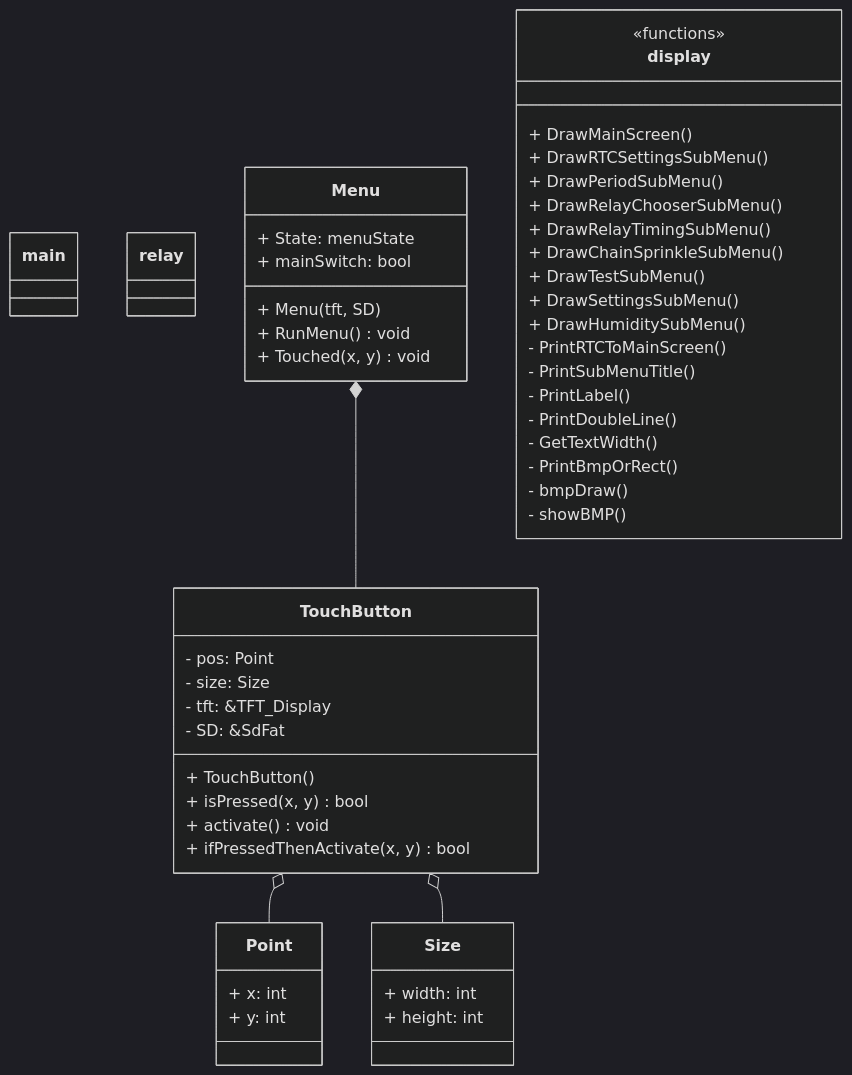
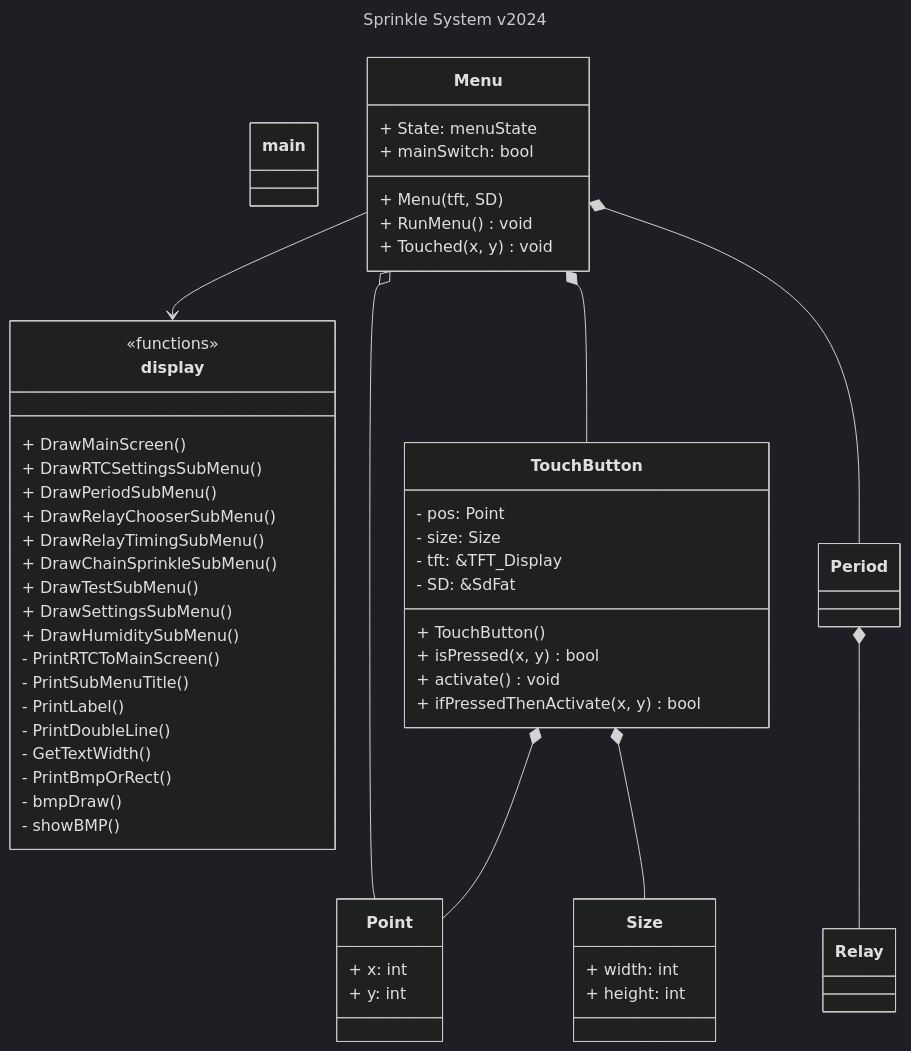
One commit to Spyro1/SprinkleSystem changed the diagram in Locsolorendszer_24_02/DEV-MANUAL.md. Above: the diagram before and after it, drawn with Mermaid (dark theme). The commit also changed other lines of this file and 10 other files, not shown here.

````diff
--- a/Locsolorendszer_24_02/DEV-MANUAL.md
+++ b/Locsolorendszer_24_02/DEV-MANUAL.md
@@ -52,61 +52,66 @@
 ```mermaid
+---
+title: Sprinkle System v2024
+---
 classDiagram
-
     class main{
 
     }
-    class relay{
+    class Relay{
 
     }
     class Menu{
       + State: menuState
       + mainSwitch: bool
       + Menu(tft, SD)
       + RunMenu() void
       + Touched(x, y) void
     }
     class display{
       <<functions>>
         + DrawMainScreen()
         + DrawRTCSettingsSubMenu()
         + DrawPeriodSubMenu()
         + DrawRelayChooserSubMenu()
         + DrawRelayTimingSubMenu()
         + DrawChainSprinkleSubMenu()
         + DrawTestSubMenu()
         + DrawSettingsSubMenu()
         + DrawHumiditySubMenu()
         - PrintRTCToMainScreen()
         - PrintSubMenuTitle()
         - PrintLabel()
         - PrintDoubleLine()
         - GetTextWidth()
         - PrintBmpOrRect()
         - bmpDraw()
         - showBMP()
     }
     class Point{
       + x: int
       + y: int
     }
     class Size{
       + width: int
       + height: int
     }
     class TouchButton{
       - pos: Point
       - size: Size
       - tft: &TFT_Display
       - SD: &SdFat
       + TouchButton()
       + isPressed(x, y) bool
       + activate() void
       + ifPressedThenActivate(x, y) bool
     }
 
     Menu *-- TouchButton
-
-    TouchButton o-- Point
-    TouchButton o-- Size
+    Menu o-- Point
+    Menu --> display
+    Menu *-- Period
+    Period *-- Relay
+    TouchButton *-- Point
+    TouchButton *-- Size
 
 ```
````
